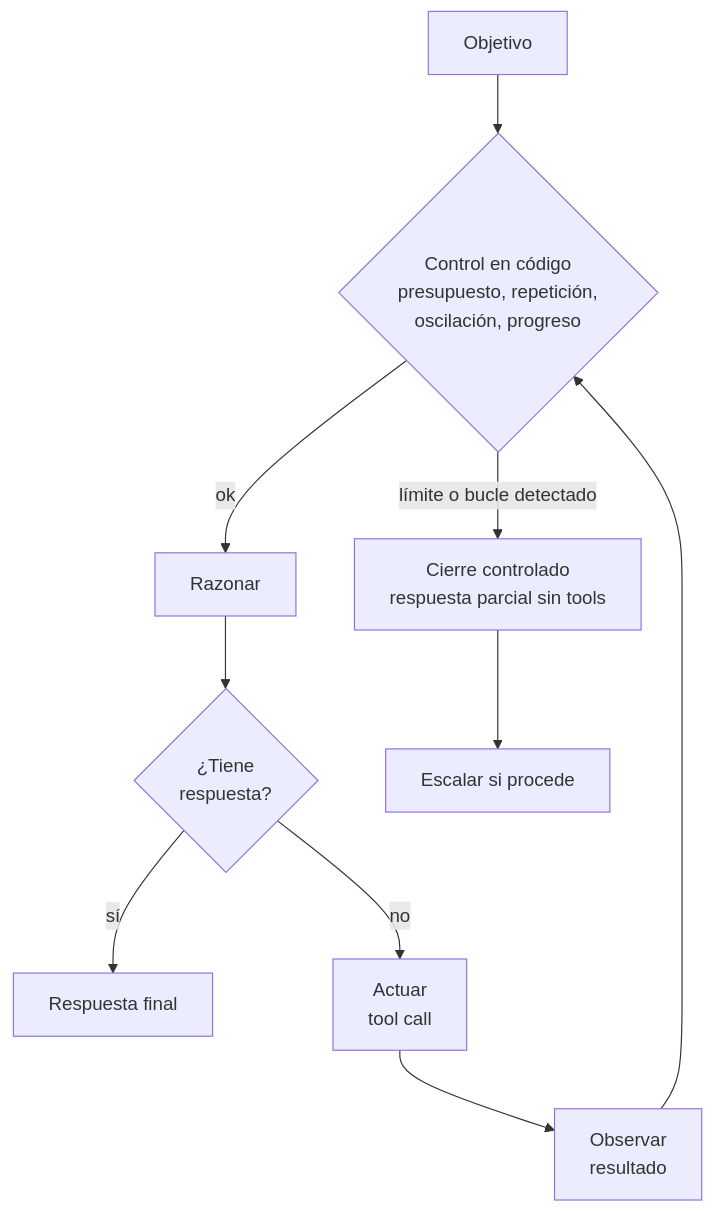
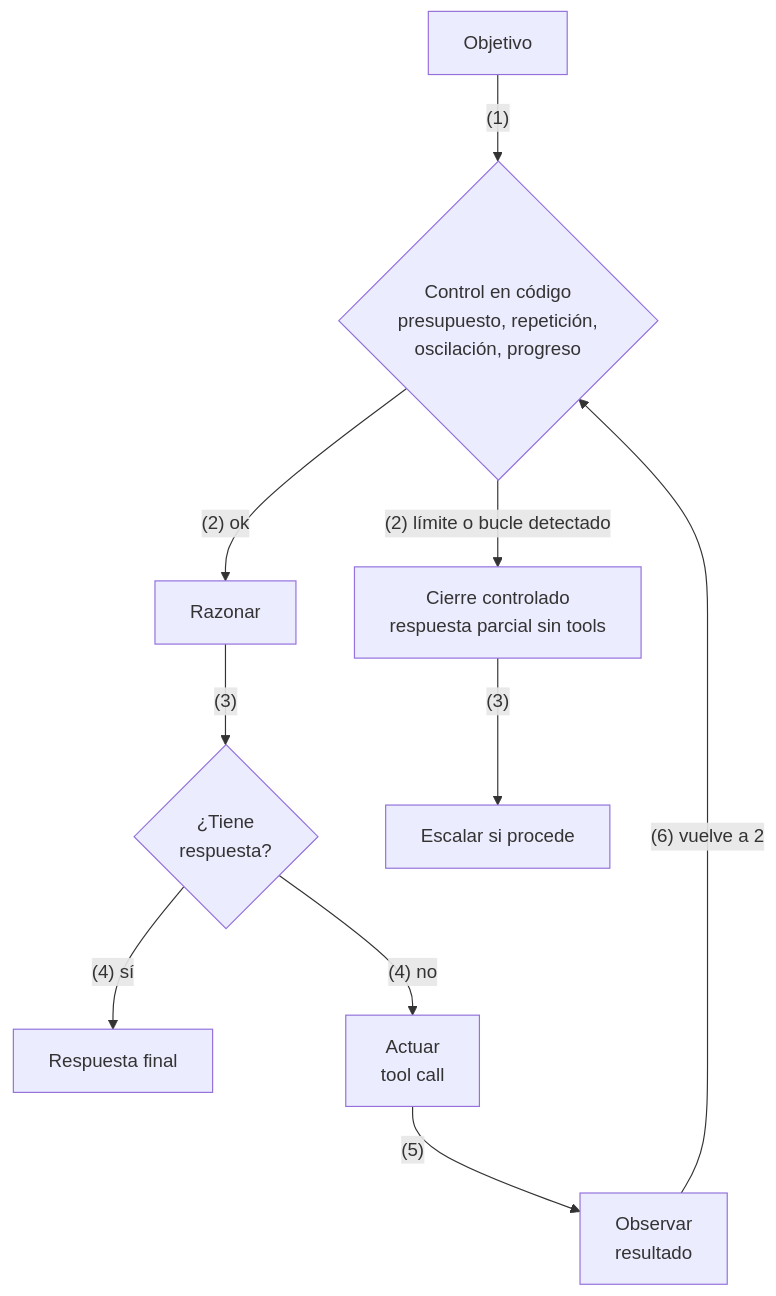
The fourth of 47 diagrams in md/Patrones aplicados al desarrollo de agentes.md (whinedo/ai-docs), drawn with Mermaid before and after one commit. The commit also changed other lines of this file and 12 other files, not shown here.

````diff
--- a/md/Patrones aplicados al desarrollo de agentes.md
+++ b/md/Patrones aplicados al desarrollo de agentes.md
@@ -137,12 +225,12 @@
 ```mermaid
 flowchart TB
-  G["Objetivo"] --> CK{"Control en código<br/>presupuesto, repetición,<br/>oscilación, progreso"}
-  CK -- "ok" --> TH["Razonar"]
-  TH --> D{"¿Tiene<br/>respuesta?"}
-  D -- "sí" --> R["Respuesta final"]
-  D -- "no" --> A["Actuar<br/>tool call"]
-  A --> OB["Observar<br/>resultado"]
-  OB --> CK
-  CK -- "límite o bucle detectado" --> P["Cierre controlado<br/>respuesta parcial sin tools"]
-  P --> ESC["Escalar si procede"]
+  G["Objetivo"] -- "(1)" --> CK{"Control en código<br/>presupuesto, repetición,<br/>oscilación, progreso"}
+  CK -- "(2) ok" --> TH["Razonar"]
+  TH -- "(3)" --> D{"¿Tiene<br/>respuesta?"}
+  D -- "(4) sí" --> R["Respuesta final"]
+  D -- "(4) no" --> A["Actuar<br/>tool call"]
+  A -- "(5)" --> OB["Observar<br/>resultado"]
+  OB -- "(6) vuelve a 2" --> CK
+  CK -- "(2) límite o bucle detectado" --> P["Cierre controlado<br/>respuesta parcial sin tools"]
+  P -- "(3)" --> ESC["Escalar si procede"]
 ```
````
